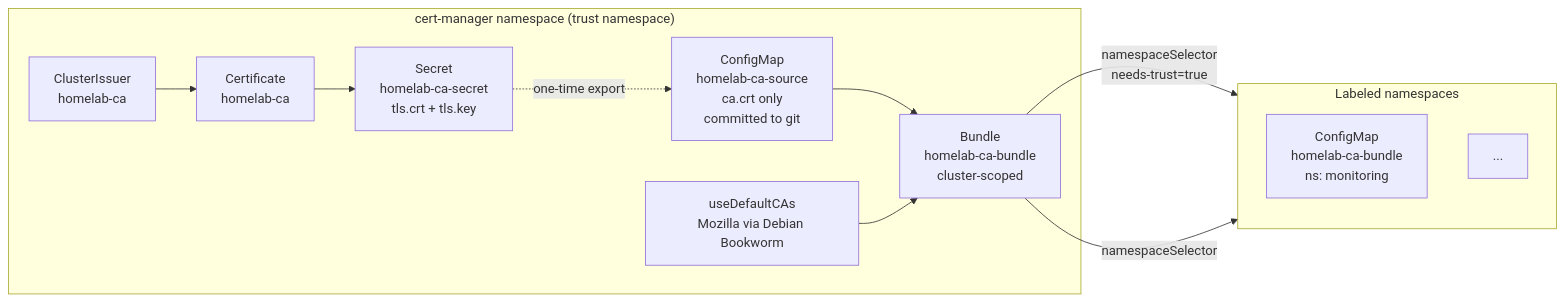
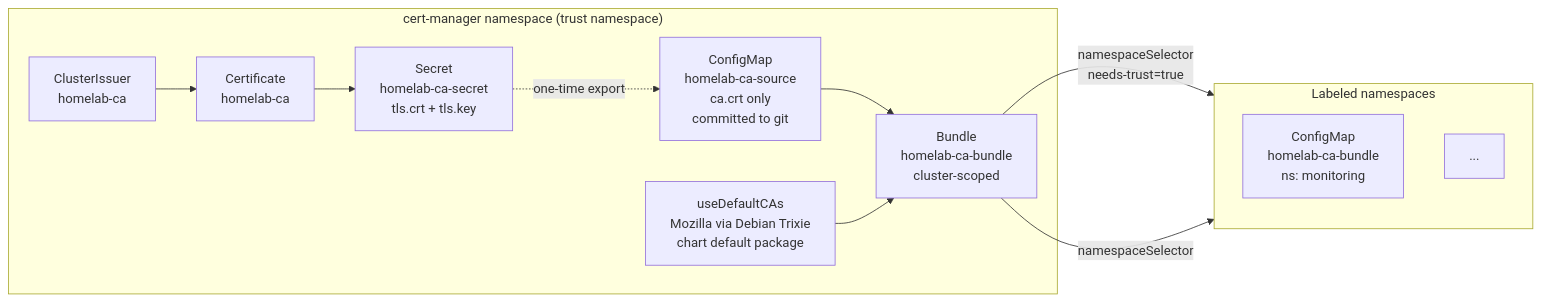
One commit to duynhlab/homelab changed the second of 2 diagrams in docs/secrets/cert-manager.md. Above: the diagram before and after it, drawn with Mermaid. The commit also changed 2 other files, not shown here.

Commit message:
chore(security): bump trust-manager to 0.26.0 and unpin CA package (#1440)
trust-manager 0.26.0 exists to drop the compromised eMudhra roots (emSign
ECC Root CA - G3, AAA Certificate Services) from the default CA bundle.
The HelmRelease pinned `defaultPackageImage` to a 2023 bookworm package,
which would have kept those roots in homelab-ca-bundle after the bump, so
the pin goes and the bundle follows the chart (trust-pkg-debian-trixie
20250419-deb13u1.1 at 0.26.0). Bundles with `useDefaultCAs: true` still
resolve immediately; no Bundle API or CRD change in the release.

Replaces Renovate's #1428, which bumped the chart alone.

````diff
--- a/docs/secrets/cert-manager.md
+++ b/docs/secrets/cert-manager.md
@@ -506,25 +506,25 @@
 ```mermaid
 flowchart LR
   subgraph cm["cert-manager namespace (trust namespace)"]
     Issuer[ClusterIssuer<br/>homelab-ca]
     CA[Certificate<br/>homelab-ca]
     Secret[Secret<br/>homelab-ca-secret<br/>tls.crt + tls.key]
     Copy[ConfigMap<br/>homelab-ca-source<br/>ca.crt only<br/>committed to git]
     Bundle[Bundle<br/>homelab-ca-bundle<br/>cluster-scoped]
-    Default[useDefaultCAs<br/>Mozilla via Debian Bookworm]
+    Default[useDefaultCAs<br/>Mozilla via Debian Trixie<br/>chart default package]
   end
 
   subgraph workloads["Labeled namespaces"]
     direction TB
     NS1[ConfigMap<br/>homelab-ca-bundle<br/>ns: monitoring]
     NS2[...]
   end
 
   Issuer --> CA
   CA --> Secret
   Secret -. one-time export .-> Copy
   Copy --> Bundle
   Default --> Bundle
   Bundle -->|namespaceSelector<br/>needs-trust=true| NS1
   Bundle -->|namespaceSelector| NS2
 ```
````
